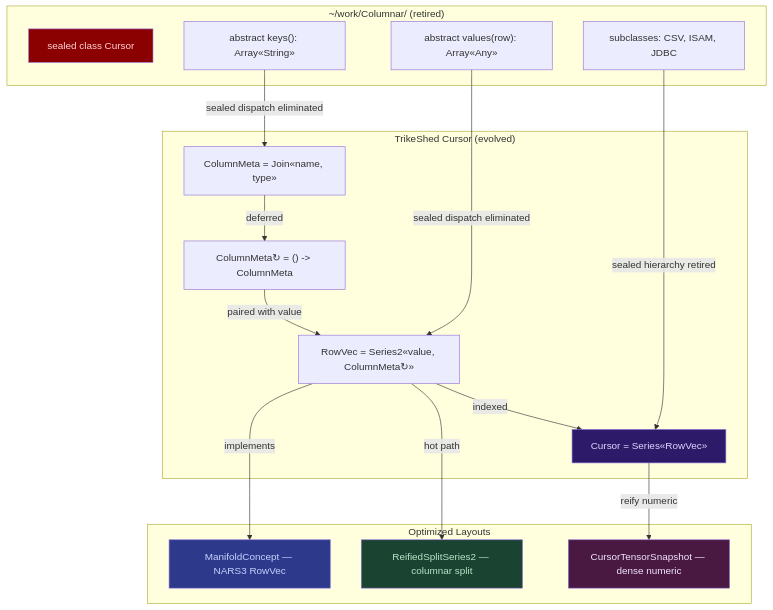
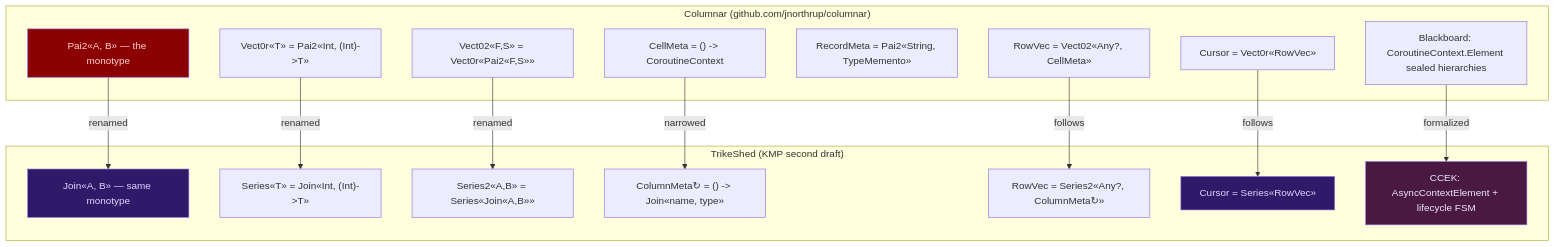
The sixth of 7 diagrams in docs/references/curiously-recursive-metaseries-shapes.md (jnorthrup/TrikeShed), drawn with Mermaid before and after one commit. The commit also changed other lines of this file, not shown here.

First line of the commit message:
docs: replace fabricated Cursor ancestor with actual Columnar lineage

````diff
--- a/docs/references/curiously-recursive-metaseries-shapes.md
+++ b/docs/references/curiously-recursive-metaseries-shapes.md
@@ -646,40 +657,36 @@
 ```mermaid
 graph TD
-    subgraph "~/work/Columnar/ (retired)"
-        JC["sealed class Cursor"]
-        JK["abstract keys(): Array«String»"]
-        JV["abstract values(row): Array«Any»"]
-        JCR["subclasses: CSV, ISAM, JDBC"]
+    subgraph "Columnar (github.com/jnorthrup/columnar)"
+        P2["Pai2«A, B» — the monotype"]
+        V0["Vect0r«T» = Pai2«Int, (Int)->T»"]
+        V02["Vect02«F,S» = Vect0r«Pai2«F,S»»"]
+        CM_old["CellMeta = () -> CoroutineContext"]
+        RM["RecordMeta = Pai2«String, TypeMemento»"]
+        RV_old["RowVec = Vect02«Any?, CellMeta»"]
+        CUR_old["Cursor = Vect0r«RowVec»"]
+        BB["Blackboard: CoroutineContext.Element sealed hierarchies"]
     end
 
-    subgraph "TrikeShed Cursor (evolved)"
-        CM["ColumnMeta = Join«name, type»"]
-        CMR["ColumnMeta↻ = () -> ColumnMeta"]
-        RV["RowVec = Series2«value, ColumnMeta↻»"]
-        CUR["Cursor = Series«RowVec»"]
+    subgraph "TrikeShed (KMP second draft)"
+        J["Join«A, B» — same monotype"]
+        S["Series«T» = Join«Int, (Int)->T»"]
+        S2["Series2«A,B» = Series«Join«A,B»»"]
+        CM_new["ColumnMeta↻ = () -> Join«name, type»"]
+        RV_new["RowVec = Series2«Any?, ColumnMeta↻»"]
+        CUR_new["Cursor = Series«RowVec»"]
+        CCEK_new["CCEK: AsyncContextElement + lifecycle FSM"]
     end
 
-    subgraph "Optimized Layouts"
-        RS2["ReifiedSplitSeries2 — columnar split"]
-        CT["CursorTensorSnapshot — dense numeric"]
-        MC["ManifoldConcept — NARS3 RowVec"]
-    end
+    P2 -->|"renamed"| J
+    V0 -->|"renamed"| S
+    V02 -->|"renamed"| S2
+    CM_old -->|"narrowed"| CM_new
+    RV_old -->|"follows"| RV_new
+    CUR_old -->|"follows"| CUR_new
+    BB -->|"formalized"| CCEK_new
 
-    JK -->|"sealed dispatch eliminated"| CM
-    JV -->|"sealed dispatch eliminated"| RV
-    JCR -->|"sealed hierarchy retired"| CUR
-
-    CM -->|"deferred"| CMR
-    CMR -->|"paired with value"| RV
-    RV -->|"indexed"| CUR
-
-    RV -->|"hot path"| RS2
-    CUR -->|"reify numeric"| CT
-    RV -->|"implements"| MC
-
-    style JC fill:#8b0000,color:#ffd4d4
-    style CUR fill:#2d1b69,color:#e0d4ff
-    style RS2 fill:#1b4332,color:#b7e4c7
-    style CT fill:#4a1942,color:#f0e6ff
-    style MC fill:#2d3a8c,color:#c7d2fe
+    style P2 fill:#8b0000,color:#ffd4d4
+    style J fill:#2d1b69,color:#e0d4ff
+    style CUR_new fill:#2d1b69,color:#e0d4ff
+    style CCEK_new fill:#4a1942,color:#f0e6ff
 ```
````
